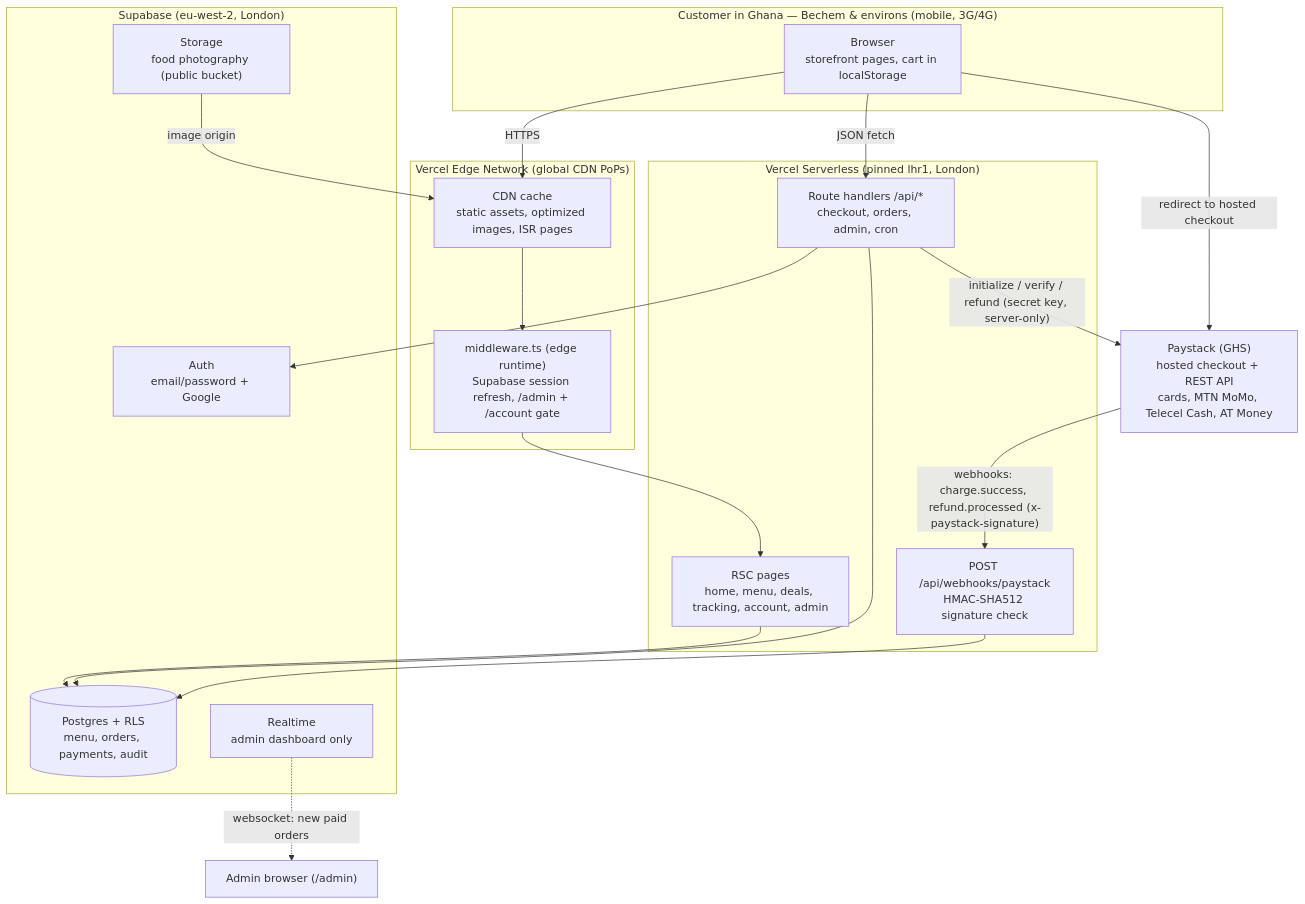
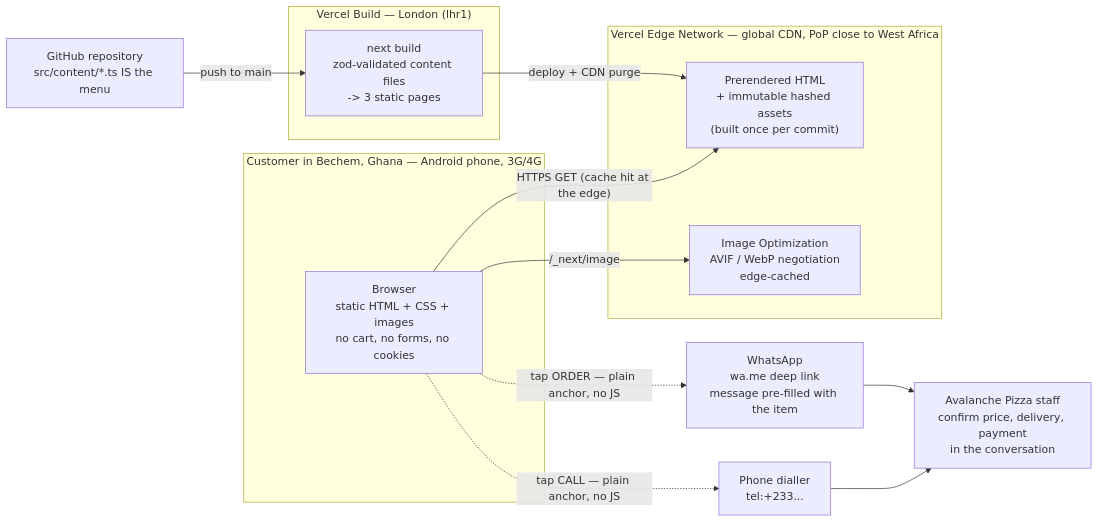
Before and after one commit to nocturnal005/Avalanche-pizza-: the diagram in docs/ARCHITECTURE.md, drawn with Mermaid. The commit also changed other lines of this file and 67 other files, not shown here.

First line of the commit message:
Stage 2: rescope to a menu site with WhatsApp ordering

````diff
--- a/docs/ARCHITECTURE.md
+++ b/docs/ARCHITECTURE.md
@@ -16,40 +21,30 @@
 ```mermaid
-flowchart TB
-    subgraph client["Customer in Ghana — Bechem & environs (mobile, 3G/4G)"]
-        B["Browser<br/>storefront pages, cart in localStorage"]
+flowchart LR
+    subgraph gh["Customer in Bechem, Ghana — Android phone, 3G/4G"]
+        B["Browser<br/>static HTML + CSS + images<br/>no cart, no forms, no cookies"]
     end
 
-    subgraph edge["Vercel Edge Network (global CDN PoPs)"]
-        CDN["CDN cache<br/>static assets, optimized images, ISR pages"]
-        MW["middleware.ts (edge runtime)<br/>Supabase session refresh, /admin + /account gate"]
+    subgraph vercel["Vercel Edge Network — global CDN, PoP close to West Africa"]
+        CDN["Prerendered HTML<br/>+ immutable hashed assets<br/>(built once per commit)"]
+        IMG["Image Optimization<br/>AVIF / WebP negotiation<br/>edge-cached"]
     end
 
-    subgraph lhr["Vercel Serverless (pinned lhr1, London)"]
-        RSC["RSC pages<br/>home, menu, deals, tracking, account, admin"]
-        API["Route handlers /api/*<br/>checkout, orders, admin, cron"]
-        WH["POST /api/webhooks/paystack<br/>HMAC-SHA512 signature check"]
+    subgraph uk["Vercel Build — London (lhr1)"]
+        BUILD["next build<br/>zod-validated content files<br/>-> 3 static pages"]
     end
 
-    subgraph supa["Supabase (eu-west-2, London)"]
-        PG[("Postgres + RLS<br/>menu, orders, payments, audit")]
-        AUTH["Auth<br/>email/password + Google"]
-        STOR["Storage<br/>food photography (public bucket)"]
-        RT["Realtime<br/>admin dashboard only"]
-    end
+    REPO["GitHub repository<br/>src/content/*.ts IS the menu"]
 
-    PSTK["Paystack (GHS)<br/>hosted checkout + REST API<br/>cards, MTN MoMo, Telecel Cash, AT Money"]
+    WA["WhatsApp<br/>wa.me deep link<br/>message pre-filled with the item"]
+    TEL["Phone dialler<br/>tel:+233..."]
+    SHOP["Avalanche Pizza staff<br/>confirm price, delivery, payment<br/>in the conversation"]
 
-    B -->|HTTPS| CDN
-    CDN --> MW
-    MW --> RSC
-    B -->|JSON fetch| API
-    RSC --> PG
-    API --> PG
-    API --> AUTH
-    STOR -->|image origin| CDN
-    API -->|"initialize / verify / refund (secret key, server-only)"| PSTK
-    B -->|redirect to hosted checkout| PSTK
-    PSTK -->|"webhooks: charge.success, refund.processed (x-paystack-signature)"| WH
-    WH --> PG
-    RT -.->|"websocket: new paid orders"| ADM["Admin browser (/admin)"]
+    REPO -->|"push to main"| BUILD
+    BUILD -->|"deploy + CDN purge"| CDN
+    B -->|"HTTPS GET (cache hit at the edge)"| CDN
+    B -->|"/_next/image"| IMG
+    B -.->|"tap ORDER — plain anchor, no JS"| WA
+    B -.->|"tap CALL — plain anchor, no JS"| TEL
+    WA --> SHOP
+    TEL --> SHOP
 ```
````
